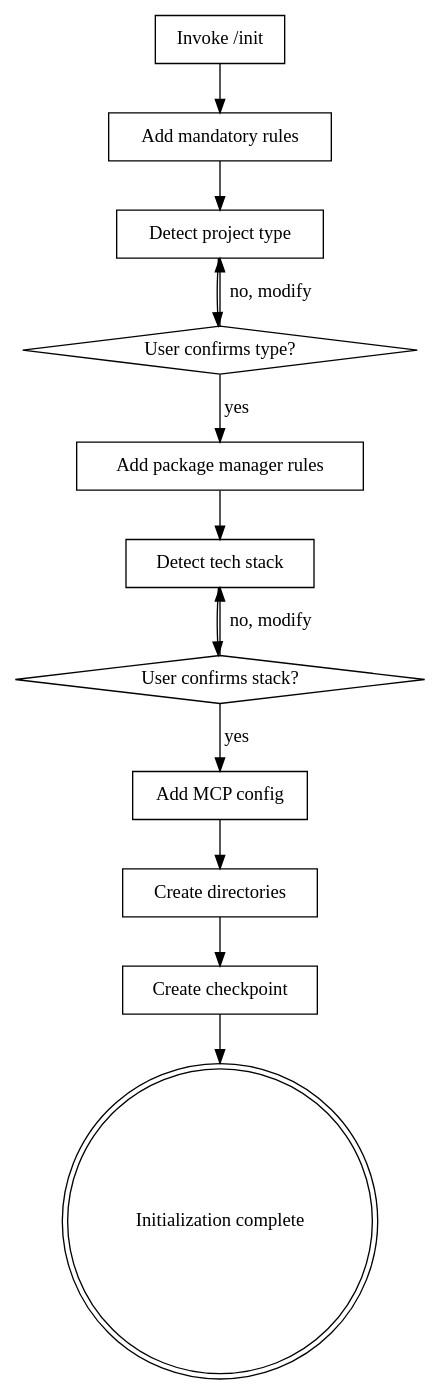
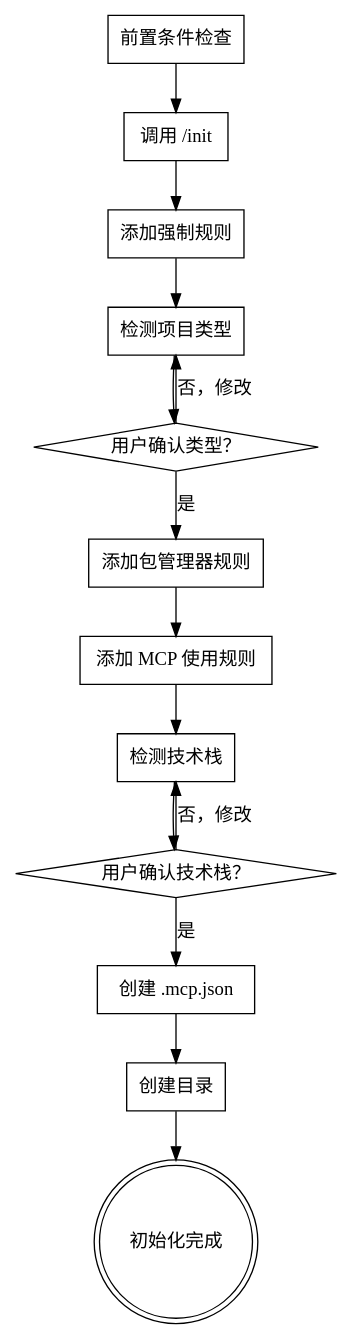
The diagram in skills/cadencing/SKILL.md (ymm512/Cadence-skills), drawn with Graphviz before and after one commit. The commit also changed other lines of this file and 4 other files, not shown here.

````diff
--- a/skills/cadencing/SKILL.md
+++ b/skills/cadencing/SKILL.md
@@ -33,28 +75,30 @@
 ```dot
 digraph cadencing {
-    "Invoke /init" [shape=box];
-    "Add mandatory rules" [shape=box];
-    "Detect project type" [shape=box];
-    "User confirms type?" [shape=diamond];
-    "Add package manager rules" [shape=box];
-    "Detect tech stack" [shape=box];
-    "User confirms stack?" [shape=diamond];
-    "Add MCP config" [shape=box];
-    "Create directories" [shape=box];
-    "Create checkpoint" [shape=box];
-    "Initialization complete" [shape=doublecircle];
+    "前置条件检查" [shape=box];
+    "调用 /init" [shape=box];
+    "添加强制规则" [shape=box];
+    "检测项目类型" [shape=box];
+    "用户确认类型？" [shape=diamond];
+    "添加包管理器规则" [shape=box];
+    "添加 MCP 使用规则" [shape=box];
+    "检测技术栈" [shape=box];
+    "用户确认技术栈？" [shape=diamond];
+    "创建 .mcp.json" [shape=box];
+    "创建目录" [shape=box];
+    "初始化完成" [shape=doublecircle];
 
-    "Invoke /init" -> "Add mandatory rules";
-    "Add mandatory rules" -> "Detect project type";
-    "Detect project type" -> "User confirms type?";
-    "User confirms type?" -> "Detect project type" [label="no, modify"];
-    "User confirms type?" -> "Add package manager rules" [label="yes"];
-    "Add package manager rules" -> "Detect tech stack";
-    "Detect tech stack" -> "User confirms stack?";
-    "User confirms stack?" -> "Detect tech stack" [label="no, modify"];
-    "User confirms stack?" -> "Add MCP config" [label="yes"];
-    "Add MCP config" -> "Create directories";
-    "Create directories" -> "Create checkpoint";
-    "Create checkpoint" -> "Initialization complete";
+    "前置条件检查" -> "调用 /init";
+    "调用 /init" -> "添加强制规则";
+    "添加强制规则" -> "检测项目类型";
+    "检测项目类型" -> "用户确认类型？";
+    "用户确认类型？" -> "检测项目类型" [label="否，修改"];
+    "用户确认类型？" -> "添加包管理器规则" [label="是"];
+    "添加包管理器规则" -> "添加 MCP 使用规则";
+    "添加 MCP 使用规则" -> "检测技术栈";
+    "检测技术栈" -> "用户确认技术栈？";
+    "用户确认技术栈？" -> "检测技术栈" [label="否，修改"];
+    "用户确认技术栈？" -> "创建 .mcp.json" [label="是"];
+    "创建 .mcp.json" -> "创建目录";
+    "创建目录" -> "初始化完成";
 }
 ```
````
